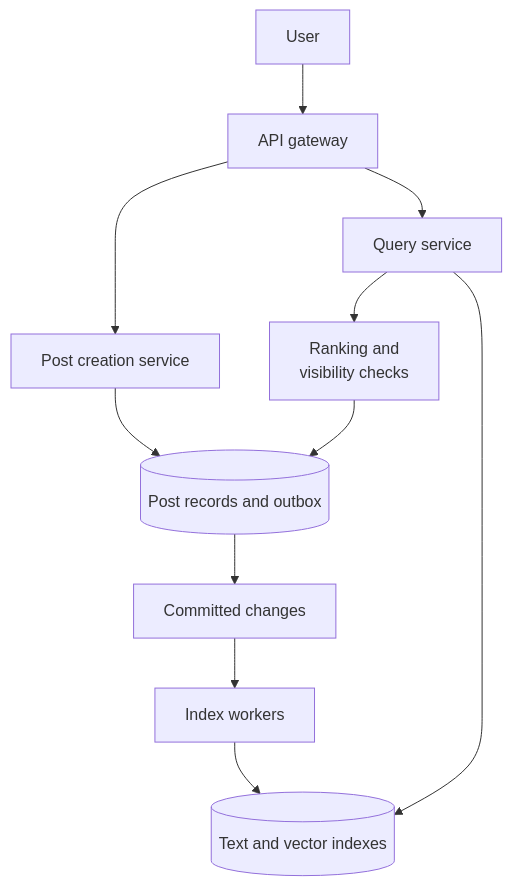
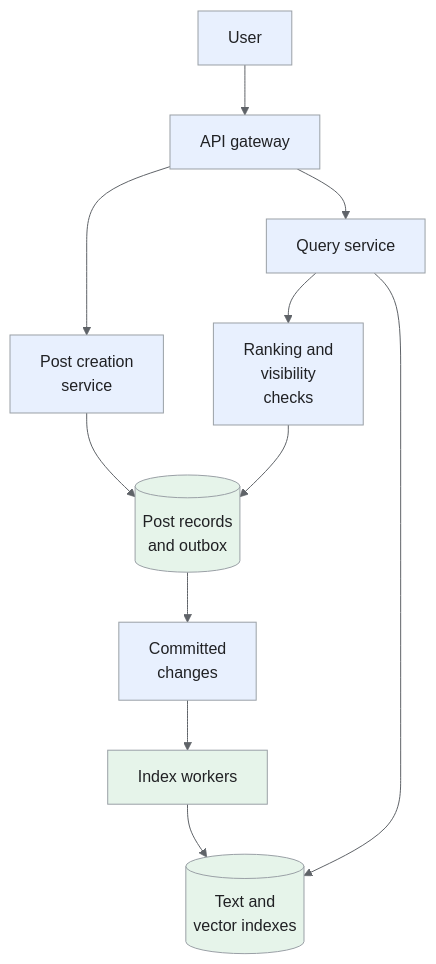
Before and after one commit to iliazlobin/iliazlobin.github.io: the first of 4 diagrams in _designs/system-design-post-search.md, drawn with Mermaid. The commit also changed other lines of this file and 131 other files, not shown here.

````diff
--- a/_designs/system-design-post-search.md
+++ b/_designs/system-design-post-search.md
@@ -118,13 +118,19 @@
 ```mermaid
+%%{init: {"theme":"base","themeVariables":{"primaryColor":"#e8f0fe","primaryBorderColor":"#9aa0a6","primaryTextColor":"#202124","secondaryColor":"#e6f4ea","tertiaryColor":"#fef7e0","lineColor":"#5f6368","actorBkg":"#e8f0fe","actorBorder":"#9aa0a6","actorTextColor":"#202124","noteBkgColor":"#fef7e0","noteBorderColor":"#9aa0a6","noteTextColor":"#202124","signalColor":"#5f6368","signalTextColor":"#202124"}}}%%
 flowchart TB
   U["User"] --> API["API gateway"]
-  API --> POST["Post creation service"]
-  POST --> DB[("Post records and outbox")]
-  DB --> EVENTS["Committed changes"]
+  API --> POST["Post creation<br>service"]
+  POST --> DB[("Post records<br>and outbox")]
+  DB --> EVENTS["Committed<br>changes"]
   EVENTS --> IDX["Index workers"]
-  IDX --> SEARCH[("Text and vector indexes")]
+  IDX --> SEARCH[("Text and<br>vector indexes")]
   API --> QUERY["Query service"]
   QUERY --> SEARCH
-  QUERY --> VERIFY["Ranking and<br/>visibility checks"]
+  QUERY --> VERIFY["Ranking and<br>visibility<br>checks"]
   VERIFY --> DB
+  classDef request fill:#e8f0fe,stroke:#9aa0a6,color:#202124,stroke-width:1px
+  classDef background fill:#e6f4ea,stroke:#9aa0a6,color:#202124,stroke-width:1px
+  classDef control fill:#fef7e0,stroke:#9aa0a6,color:#202124,stroke-width:1px
+  class U,API,POST,EVENTS,QUERY,VERIFY request
+  class DB,IDX,SEARCH background
 ```
````
